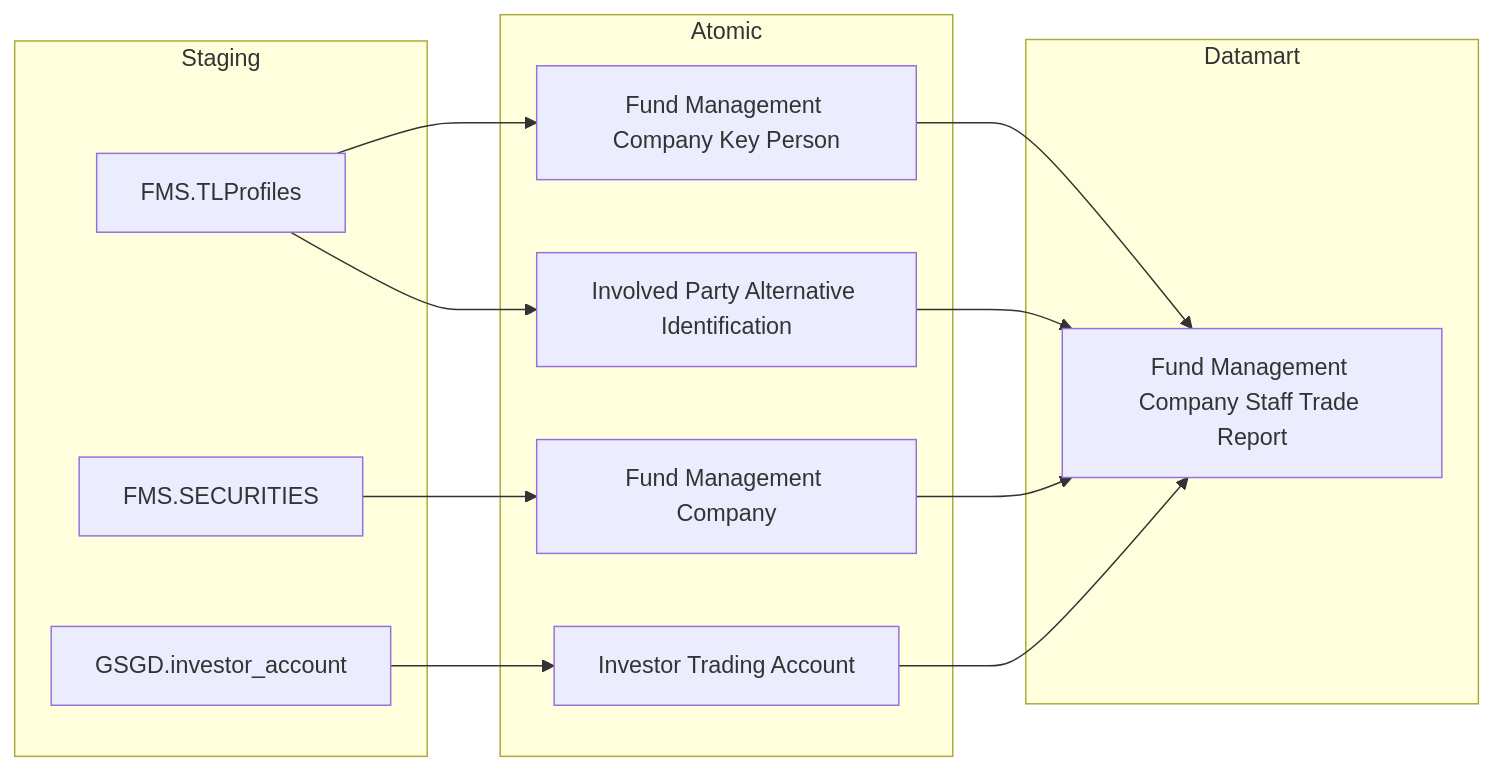
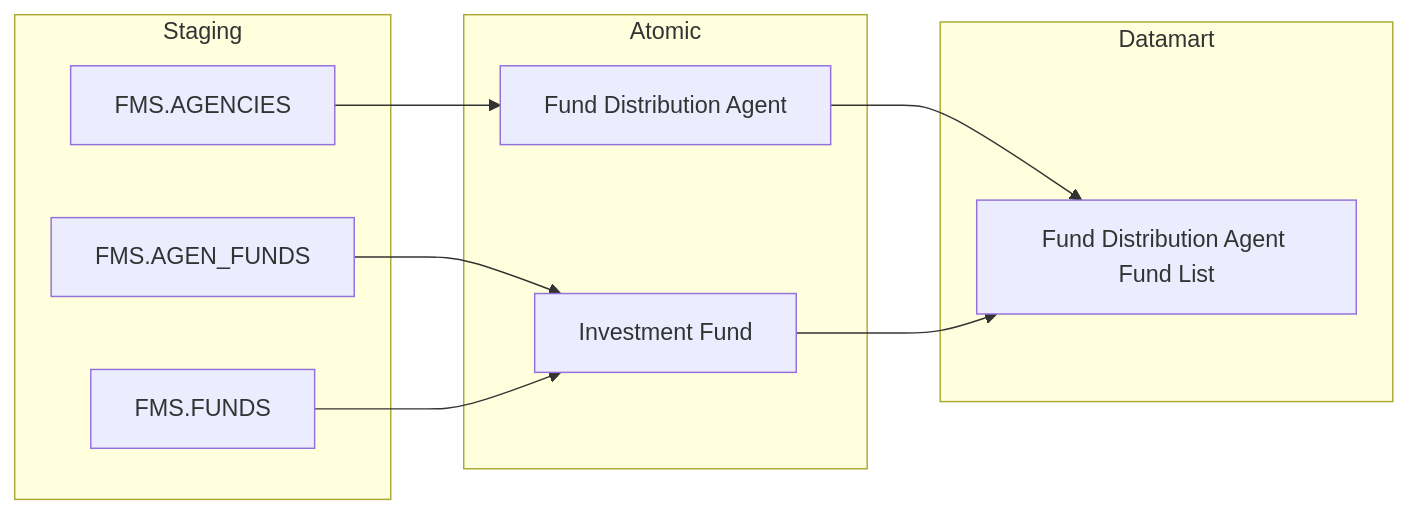
Before and after one commit to linhlvit/ubck_atomic_design: the tenth of 37 diagrams in Datamart/hld/DTM_FMS_HLD.md, drawn with Mermaid. The commit also changed other lines of this file and 5 other files, not shown here.

````diff
--- a/Datamart/hld/DTM_FMS_HLD.md
+++ b/Datamart/hld/DTM_FMS_HLD.md
@@ -352,29 +276,24 @@
 ```mermaid
 flowchart LR
     subgraph SRC["Staging"]
-        FMS_TLProfiles["FMS.TLProfiles"]
-        FMS_SECURITIES["FMS.SECURITIES"]
-        GSGD_investor_account["GSGD.investor_account"]
+        FMS_AGENCIES["FMS.AGENCIES"]
+        FMS_AGENFUNDS["FMS.AGEN_FUNDS"]
+        FMS_FUNDS["FMS.FUNDS"]
     end
 
     subgraph SIL["Atomic"]
-        Fund_Management_Company_Key_Person["Fund Management Company Key Person"]
-        Involved_Party_Alternative_Identification["Involved Party Alternative Identification"]
-        Fund_Management_Company["Fund Management Company"]
-        Investor_Trading_Account["Investor Trading Account"]
+        Fund_Distribution_Agent["Fund Distribution Agent"]
+        Investment_Fund["Investment Fund"]
     end
 
     subgraph GOLD["Datamart"]
-        fnd_mgt_co_stf_trd_rpt["Fund Management Company Staff Trade Report"]
+        fnd_dist_agt_fnd_lst["Fund Distribution Agent Fund List"]
     end
 
-    FMS_TLProfiles --> Fund_Management_Company_Key_Person
-    FMS_TLProfiles --> Involved_Party_Alternative_Identification
-    FMS_SECURITIES --> Fund_Management_Company
-    GSGD_investor_account --> Investor_Trading_Account
+    FMS_AGENCIES --> Fund_Distribution_Agent
+    FMS_AGENFUNDS --> Investment_Fund
+    FMS_FUNDS --> Investment_Fund
 
-    Fund_Management_Company_Key_Person --> fnd_mgt_co_stf_trd_rpt
-    Involved_Party_Alternative_Identification --> fnd_mgt_co_stf_trd_rpt
-    Fund_Management_Company --> fnd_mgt_co_stf_trd_rpt
-    Investor_Trading_Account --> fnd_mgt_co_stf_trd_rpt
+    Fund_Distribution_Agent --> fnd_dist_agt_fnd_lst
+    Investment_Fund --> fnd_dist_agt_fnd_lst
 ```
````
